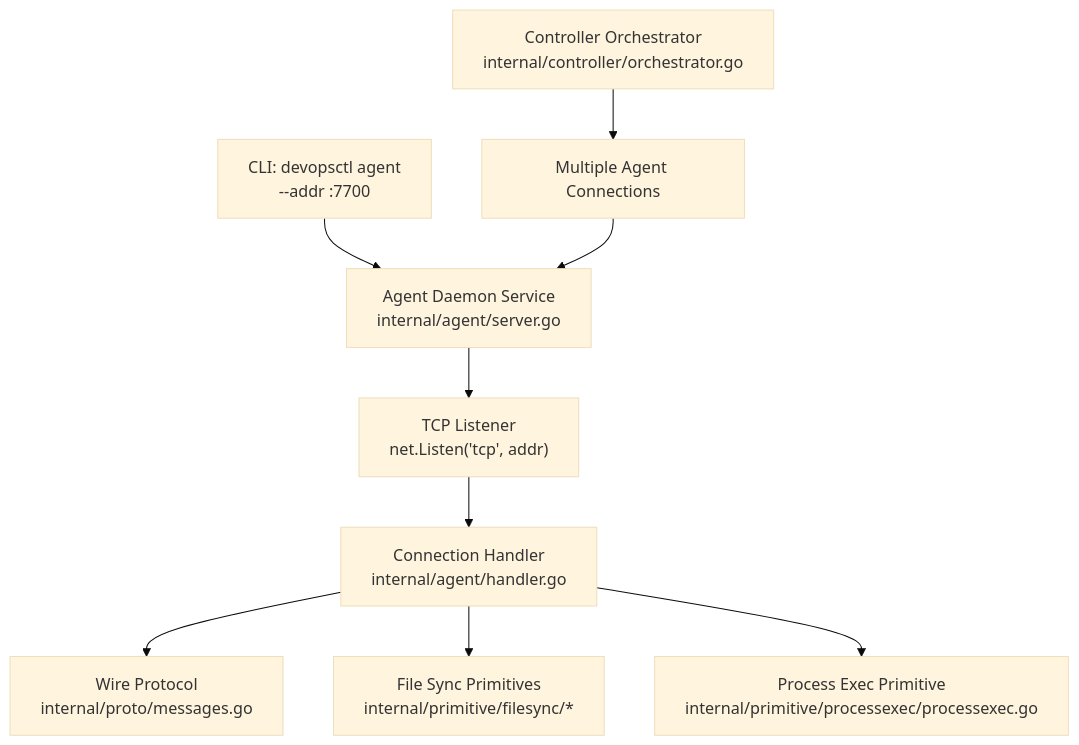
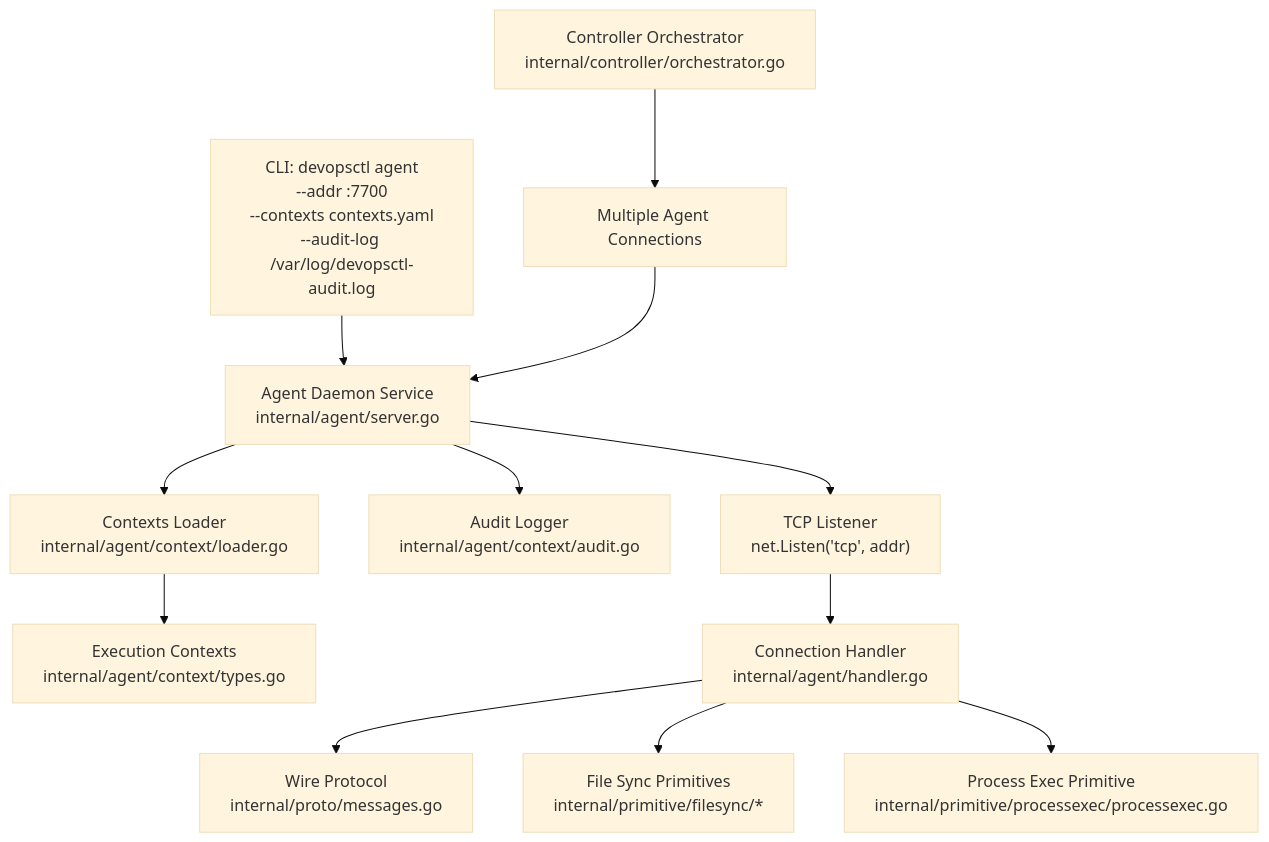
One commit to ahmednour1430464/dotdevops changed the first of 8 diagrams in .qoder/repowiki/en/content/CLI Commands Reference/Agent Command.md. Above: the diagram before and after it, drawn with Mermaid (base theme). The commit also changed other lines of this file and 12 other files, not shown here.

````diff
--- a/.qoder/repowiki/en/content/CLI Commands Reference/Agent Command.md
+++ b/.qoder/repowiki/en/content/CLI Commands Reference/Agent Command.md
@@ -50,11 +61,14 @@
 ```mermaid
 graph TB
-CLI["CLI: devopsctl agent<br/>--addr :7700"] --> Daemon["Agent Daemon Service<br/>internal/agent/server.go"]
+CLI["CLI: devopsctl agent<br/>--addr :7700<br/>--contexts contexts.yaml<br/>--audit-log /var/log/devopsctl-audit.log"] --> Daemon["Agent Daemon Service<br/>internal/agent/server.go"]
+Daemon --> ConfigLoader["Contexts Loader<br/>internal/agent/context/loader.go"]
+ConfigLoader --> ExecutionContexts["Execution Contexts<br/>internal/agent/context/types.go"]
+Daemon --> AuditLogger["Audit Logger<br/>internal/agent/context/audit.go"]
 Daemon --> Listener["TCP Listener<br/>net.Listen('tcp', addr)"]
 Listener --> Handler["Connection Handler<br/>internal/agent/handler.go"]
 Handler --> Proto["Wire Protocol<br/>internal/proto/messages.go"]
 Handler --> FileSync["File Sync Primitives<br/>internal/primitive/filesync/*"]
 Handler --> ProcExec["Process Exec Primitive<br/>internal/primitive/processexec/processexec.go"]
 Controller["Controller Orchestrator<br/>internal/controller/orchestrator.go"] --> Agents["Multiple Agent Connections"]
 Agents --> Daemon
 ```
````
